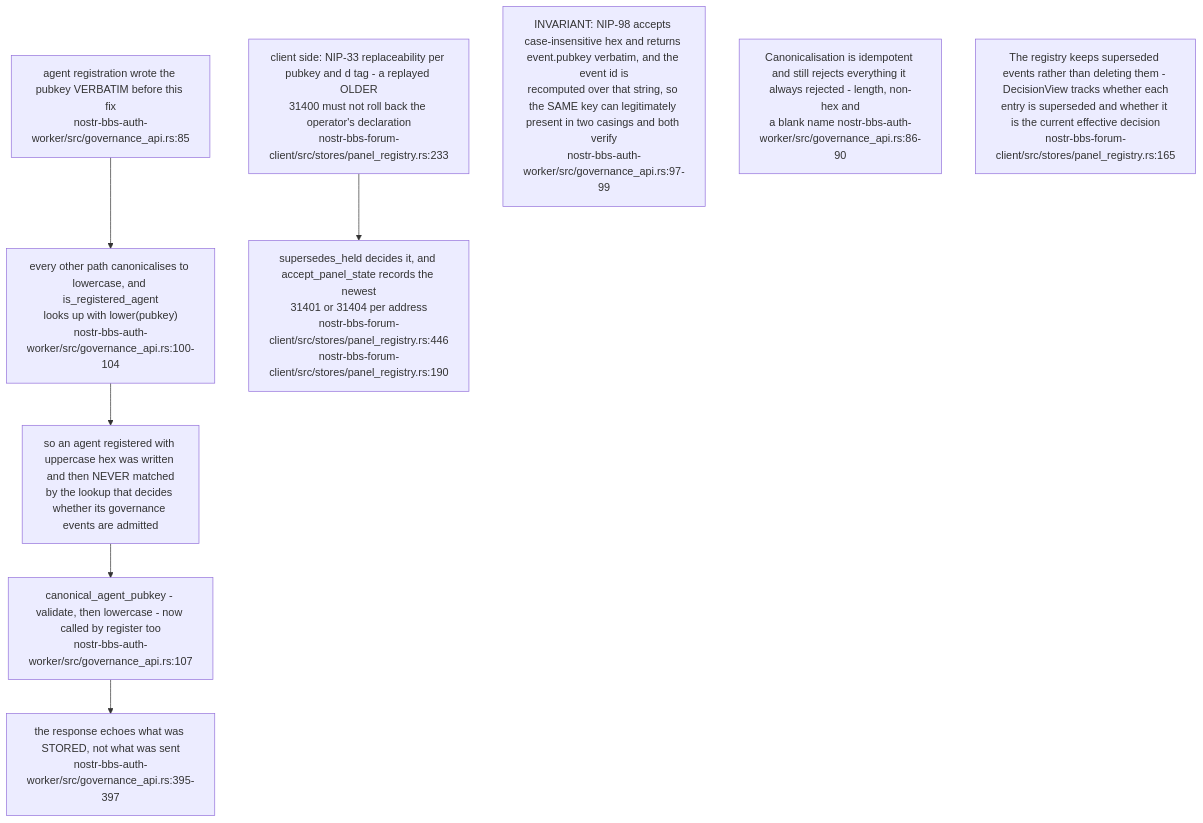
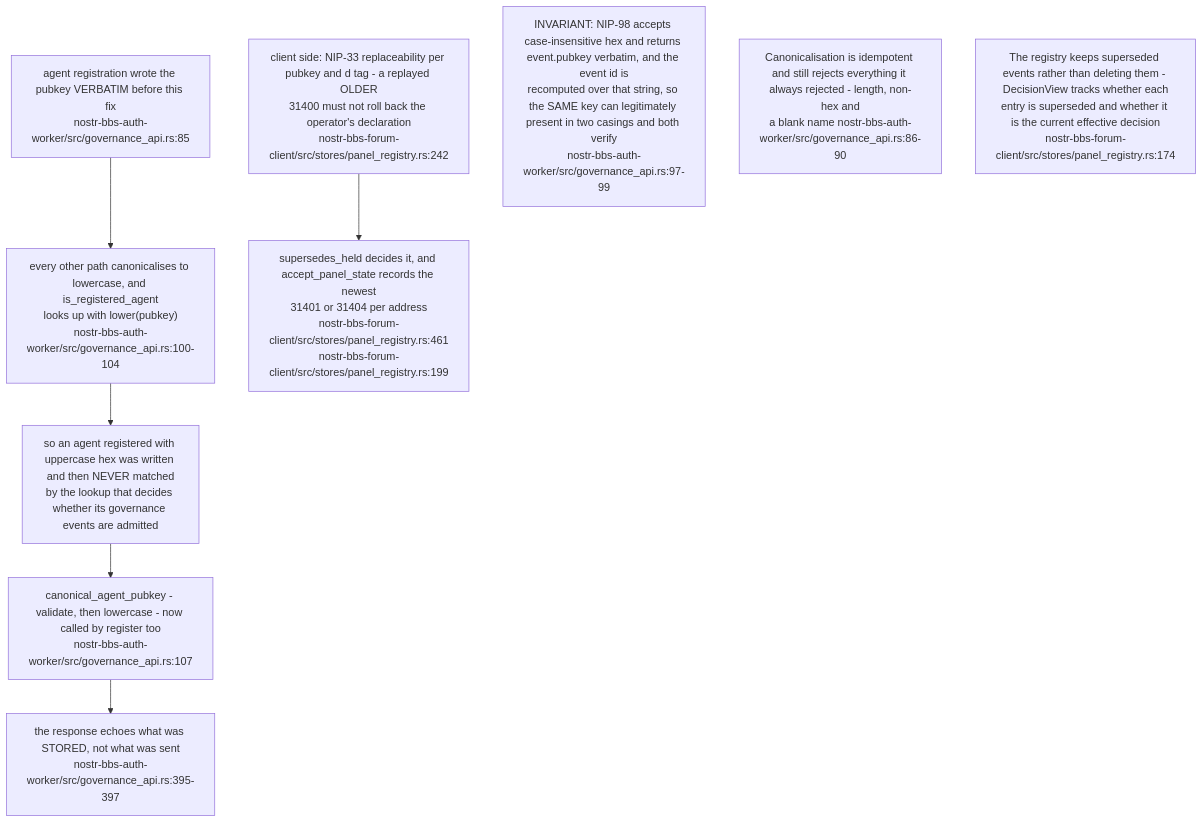
Before and after one commit to DreamLab-AI/VisionFlow: diagram 13 of 16 in docs/diagrams/nostr-rust-forum/06-agent-control-surface-31400-31405.md, drawn with Mermaid. The commit also changed other lines of this file and 17 other files, not shown here.

````diff
--- a/docs/diagrams/nostr-rust-forum/06-agent-control-surface-31400-31405.md
+++ b/docs/diagrams/nostr-rust-forum/06-agent-control-surface-31400-31405.md
@@ -355,17 +363,17 @@
 ```mermaid
 flowchart TB
     REG["agent registration wrote the pubkey VERBATIM before this fix<br/>nostr-bbs-auth-worker/src/governance_api.rs:85"]
     LOOK["every other path canonicalises to lowercase, and is_registered_agent<br/>looks up with lower(pubkey)<br/>nostr-bbs-auth-worker/src/governance_api.rs:100-104"]
     BUG["so an agent registered with uppercase hex was written and then NEVER matched<br/>by the lookup that decides whether its governance events are admitted"]
     FIX["canonical_agent_pubkey - validate, then lowercase - now called by register too<br/>nostr-bbs-auth-worker/src/governance_api.rs:107"]
     ECHO["the response echoes what was STORED, not what was sent<br/>nostr-bbs-auth-worker/src/governance_api.rs:395-397"]
-    NIP33["client side: NIP-33 replaceability per pubkey and d tag - a replayed OLDER<br/>31400 must not roll back the operator's declaration<br/>nostr-bbs-forum-client/src/stores/panel_registry.rs:233"]
-    HELD["supersedes_held decides it, and accept_panel_state records the newest<br/>31401 or 31404 per address<br/>nostr-bbs-forum-client/src/stores/panel_registry.rs:446<br/>nostr-bbs-forum-client/src/stores/panel_registry.rs:190"]
+    NIP33["client side: NIP-33 replaceability per pubkey and d tag - a replayed OLDER<br/>31400 must not roll back the operator's declaration<br/>nostr-bbs-forum-client/src/stores/panel_registry.rs:242"]
+    HELD["supersedes_held decides it, and accept_panel_state records the newest<br/>31401 or 31404 per address<br/>nostr-bbs-forum-client/src/stores/panel_registry.rs:461<br/>nostr-bbs-forum-client/src/stores/panel_registry.rs:199"]
 
     REG --> LOOK --> BUG --> FIX --> ECHO
     NIP33 --> HELD
 
     N1["INVARIANT: NIP-98 accepts case-insensitive hex and returns event.pubkey verbatim, and the event id is<br/>recomputed over that string, so the SAME key can legitimately present in two casings and both verify<br/>nostr-bbs-auth-worker/src/governance_api.rs:97-99"]
     N2["Canonicalisation is idempotent and still rejects everything it always rejected - length, non-hex and<br/>a blank name nostr-bbs-auth-worker/src/governance_api.rs:86-90"]
-    N3["The registry keeps superseded events rather than deleting them - DecisionView tracks whether each<br/>entry is superseded and whether it is the current effective decision<br/>nostr-bbs-forum-client/src/stores/panel_registry.rs:165"]
+    N3["The registry keeps superseded events rather than deleting them - DecisionView tracks whether each<br/>entry is superseded and whether it is the current effective decision<br/>nostr-bbs-forum-client/src/stores/panel_registry.rs:174"]
 ```
````
